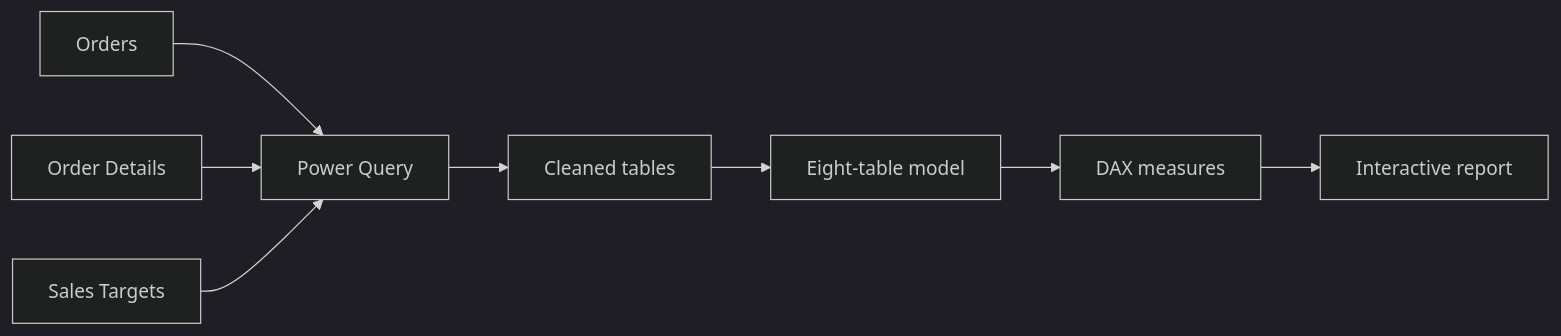
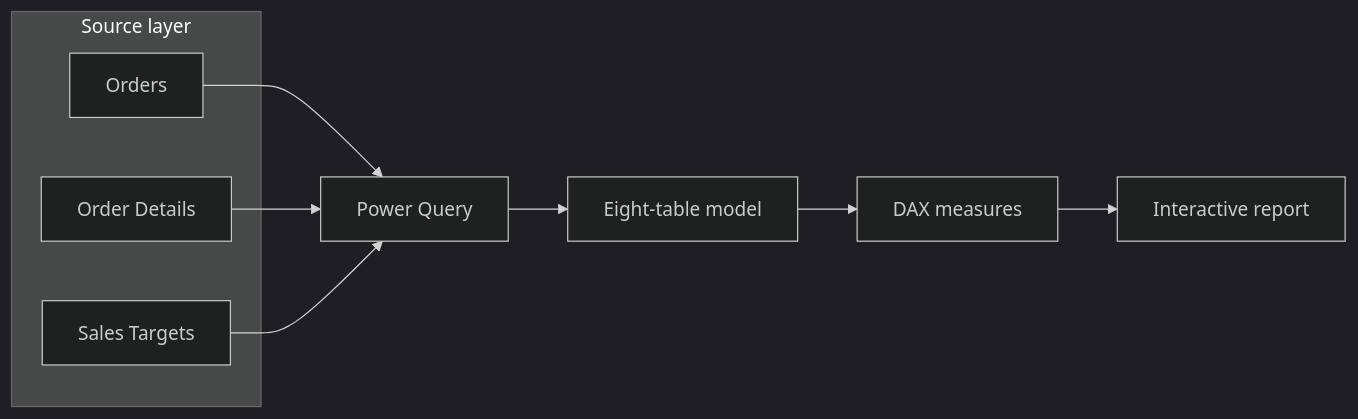
The diagram in README.md (shanmukhkoyya/Data-Transformation-Data-Modeling-using-Power-BI), drawn with Mermaid (dark theme) before and after one commit. The commit also changed other lines of this file, not shown here.

Commit message:
Redesign Power BI data model README as architecture blueprint

````diff
--- a/README.md
+++ b/README.md
@@ -13,10 +4,14 @@
 ```mermaid
 flowchart LR
- O[Orders] --> PQ[Power Query]
- D[Order Details] --> PQ
- T[Sales Targets] --> PQ
- PQ --> ST[Cleaned tables]
- ST --> M[Eight-table model]
- M --> DX[DAX measures]
- DX --> R[Interactive report]
+ subgraph INPUTS[Source layer]
+ O[Orders] 
+ D[Order Details]
+ T[Sales Targets]
+ end
+ O --> PQ[Power Query]
+ D --> PQ
+ T --> PQ
+ PQ --> M[Eight-table model]
+ M --> X[DAX measures]
+ X --> V[Interactive report]
 ```
````
